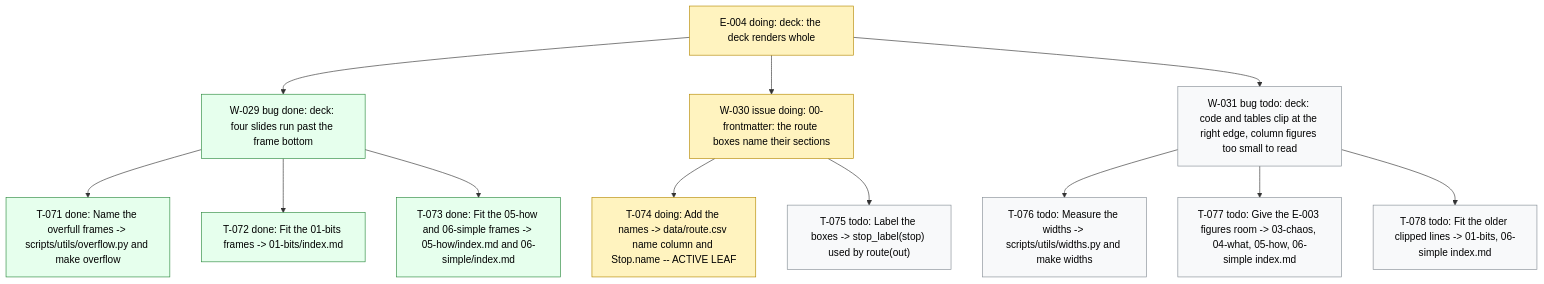
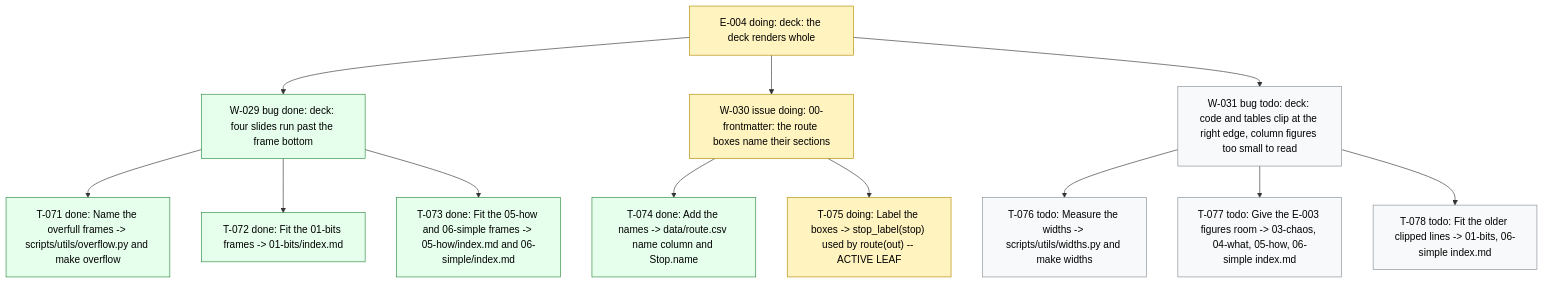
The diagram in .board/BOARD.md (dpopchev/chaos-to-simple), drawn with Mermaid before and after one commit. The commit also changed other lines of this file and 2 other files, not shown here.

Commit message:
chore(board): close T-074, start T-075
Refs: W-030 T-074 T-075

````diff
--- a/.board/BOARD.md
+++ b/.board/BOARD.md
@@ -193,23 +193,23 @@
 ```mermaid
 flowchart TD
   E004["E-004 doing: deck: the deck renders whole"]
   E004 --> W029["W-029 bug done: deck: four slides run past the frame bottom"]
   W029 --> T071["T-071 done: Name the overfull frames -> scripts/utils/overflow.py and make overflow"]
   W029 --> T072["T-072 done: Fit the 01-bits frames -> 01-bits/index.md"]
   W029 --> T073["T-073 done: Fit the 05-how and 06-simple frames -> 05-how/index.md and 06-simple/index.md"]
   E004 --> W030["W-030 issue doing: 00-frontmatter: the route boxes name their sections"]
-  W030 --> T074["T-074 doing: Add the names -> data/route.csv name column and Stop.name -- ACTIVE LEAF"]
-  W030 --> T075["T-075 todo: Label the boxes -> stop_label(stop) used by route(out)"]
+  W030 --> T074["T-074 done: Add the names -> data/route.csv name column and Stop.name"]
+  W030 --> T075["T-075 doing: Label the boxes -> stop_label(stop) used by route(out) -- ACTIVE LEAF"]
   E004 --> W031["W-031 bug todo: deck: code and tables clip at the right edge, column figures too small to read"]
   W031 --> T076["T-076 todo: Measure the widths -> scripts/utils/widths.py and make widths"]
   W031 --> T077["T-077 todo: Give the E-003 figures room -> 03-chaos, 04-what, 05-how, 06-simple index.md"]
   W031 --> T078["T-078 todo: Fit the older clipped lines -> 01-bits, 06-simple index.md"]
   classDef doing fill:#fff3bf,stroke:#b58900,color:#000;
   classDef blocked fill:#ffe3e3,stroke:#c92a2a,color:#000;
   classDef done fill:#e6ffed,stroke:#2b8a3e,color:#000;
   classDef todo fill:#f8f9fa,stroke:#868e96,color:#000;
   classDef pruned fill:#f1f3f5,stroke:#adb5bd,color:#000;
-  class E004,W030,T074 doing
-  class W029,T071,T072,T073 done
-  class T075,W031,T076,T077,T078 todo
+  class E004,W030,T075 doing
+  class W029,T071,T072,T073,T074 done
+  class W031,T076,T077,T078 todo
 ```
````
